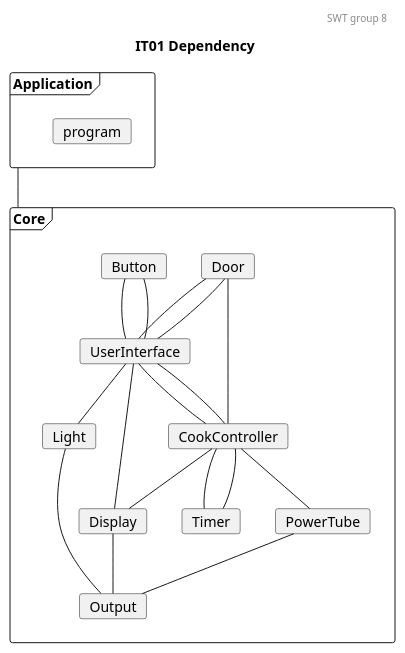
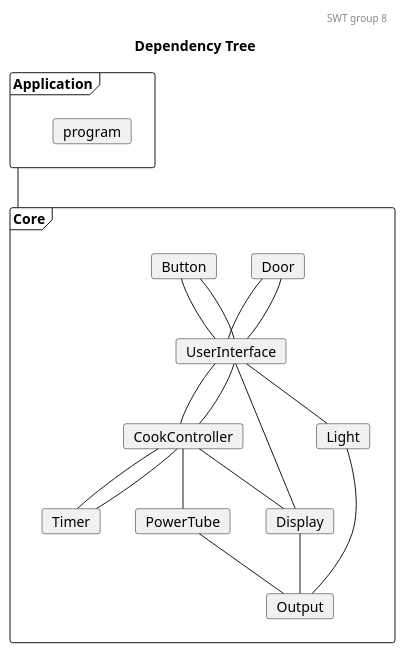
The diagram in docs/DependencyTree.plantuml (mikkel-ol/I4SWT-MicrowaveOven), drawn with PlantUML before and after one commit. The commit also changed 3 other files, not shown here.

Commit message:
Door does not depend on CooksController

```diff
--- a/docs/DependencyTree.plantuml
+++ b/docs/DependencyTree.plantuml
@@ -1,77 +1,77 @@
 @startuml
 
 'Testing colors:
 skinparam card{
     backgroundColor<<tested>> lawngreen
     backgroundColor<<sut>> salmon
     backgroundColor<<test>> salmon
     backgroundColor<<fake>> gold
 }
 
 header SWT group 8
-title IT01 Dependency
+title Dependency Tree
 
 frame Application{
     card program
 }
 
 frame Core{
 '0.
     card Door
     card Button
 
 '1.
     card UserInterface
 
 '2.
     card CookController
     card Light
 
 '3.
     card Timer
     card PowerTube
     card Display
 
 '4 
     card Output
 
 
 }
 Application -- Core
 
 'Relations projects
 ' 0. to 1.
 Door -- UserInterface
 Door -- UserInterface
 
 Button -- UserInterface
 Button -- UserInterface
 
 
 'Relations CookController:
 '1.
 UserInterface -- CookController
 UserInterface -- CookController
 '1. to 2.
-Door - CookController
+'Door - CookController
 
 
 CookController -- PowerTube
 
 '1. to 2.
 UserInterface -- Display
 UserInterface -- Light
 CookController -- Display
 
 CookController -- Timer
 CookController -- Timer 
 
 
 ' Relations 2. to 3.
 Light -- Output
 Display -- Output
 PowerTube -- Output
 
 
 
 @enduml
```
